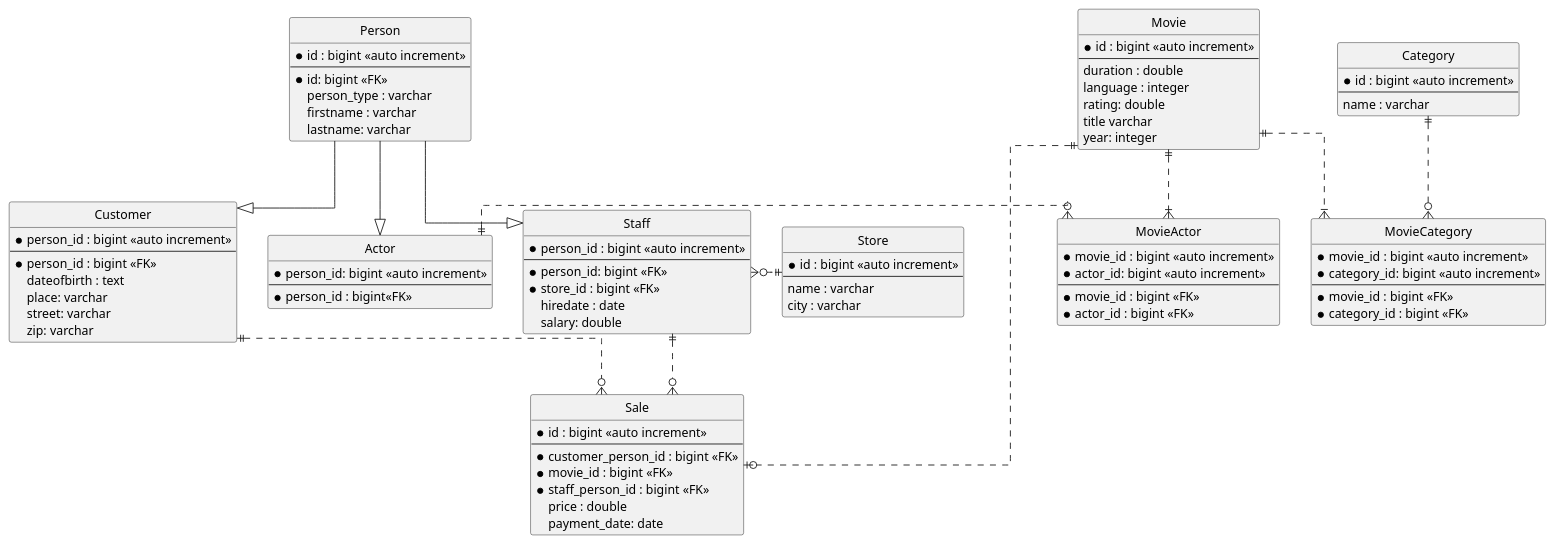
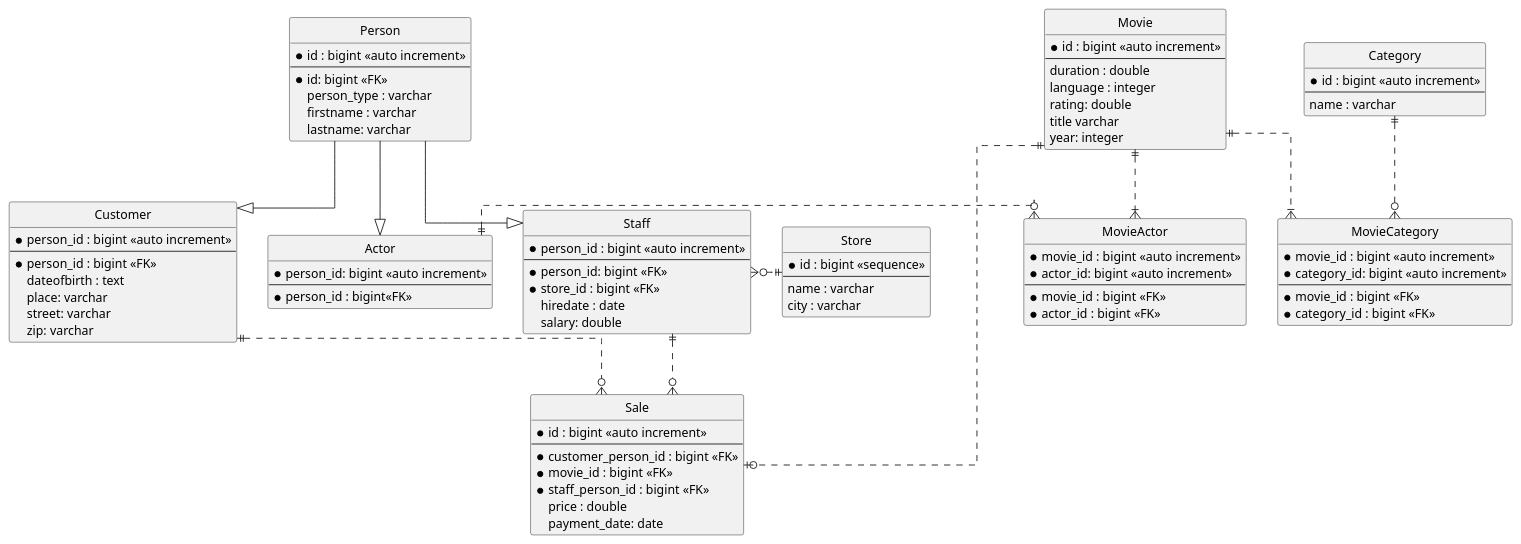
One commit to StarkaLukas/insy-jpa-exercise changed the diagram in asciidoc/plantuml/erd.puml. Above: the diagram before and after it, drawn with PlantUML. The commit also changed 2 other files, not shown here.

Commit message:
change generationtype to sequence

```diff
--- a/asciidoc/plantuml/erd.puml
+++ b/asciidoc/plantuml/erd.puml
@@ -1,102 +1,102 @@
 @startuml
 ' hide the spot
 hide circle
 
 ' avoid problems with angled crows feet
 skinparam linetype ortho
 
 entity "Actor" as actor {
   *person_id: bigint <<auto increment>>
   --
   *person_id : bigint<<FK>>
 }
 
 entity "Category" as category {
   *id : bigint <<auto increment>>
   --
   name : varchar
 }
 
 entity "Customer" as customer {
   *person_id : bigint <<auto increment>>
   --
   *person_id : bigint <<FK>>
   dateofbirth : text
   place: varchar
   street: varchar
   zip: varchar
 }
 
 entity "Movie" as movie {
   *id : bigint <<auto increment>>
   --
   duration : double
   language : integer
   rating: double
   title varchar
   year: integer
 }
 
 entity "Person" as person {
   *id : bigint <<auto increment>>
   --
   *id: bigint <<FK>>
   person_type : varchar
   firstname : varchar
   lastname: varchar
 }
 
 entity "Sale" as sale {
   *id : bigint <<auto increment>>
   --
   *customer_person_id : bigint <<FK>>
   *movie_id : bigint <<FK>>
   *staff_person_id : bigint <<FK>>
   price : double
   payment_date: date
 }
 
 entity "Staff" as staff {
   *person_id : bigint <<auto increment>>
   --
   *person_id: bigint <<FK>>
   *store_id : bigint <<FK>>
   hiredate : date
   salary: double
 }
 
 entity "Store" as store {
-  *id : bigint <<auto increment>>
+  *id : bigint <<sequence>>
   --
   name : varchar
   city : varchar
 }
 
 entity "MovieActor" as ma {
   *movie_id : bigint <<auto increment>>
   *actor_id: bigint <<auto increment>>
   --
   *movie_id : bigint <<FK>>
   *actor_id : bigint <<FK>>
 }
 
 entity "MovieCategory" as mc {
   *movie_id : bigint <<auto increment>>
   *category_id: bigint <<auto increment>>
   --
   *movie_id : bigint <<FK>>
   *category_id : bigint <<FK>>
 }
 
 store ||.left.o{ staff
 staff ||..o{ sale
 customer ||..o{ sale
 movie ||..o| sale
 movie ||..|{ ma
 actor ||.right.o{ ma
 movie ||..|{ mc
 category ||..o{ mc
 person --|> customer
 person --|> staff
 person --|> actor
 @enduml
```
